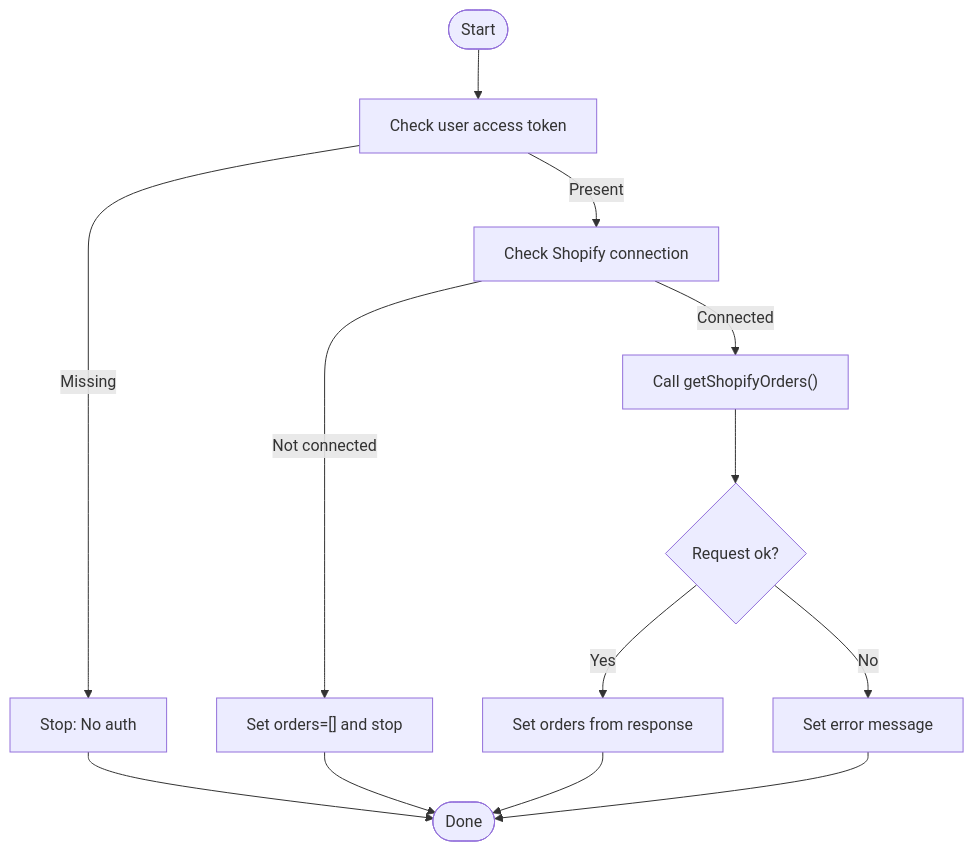
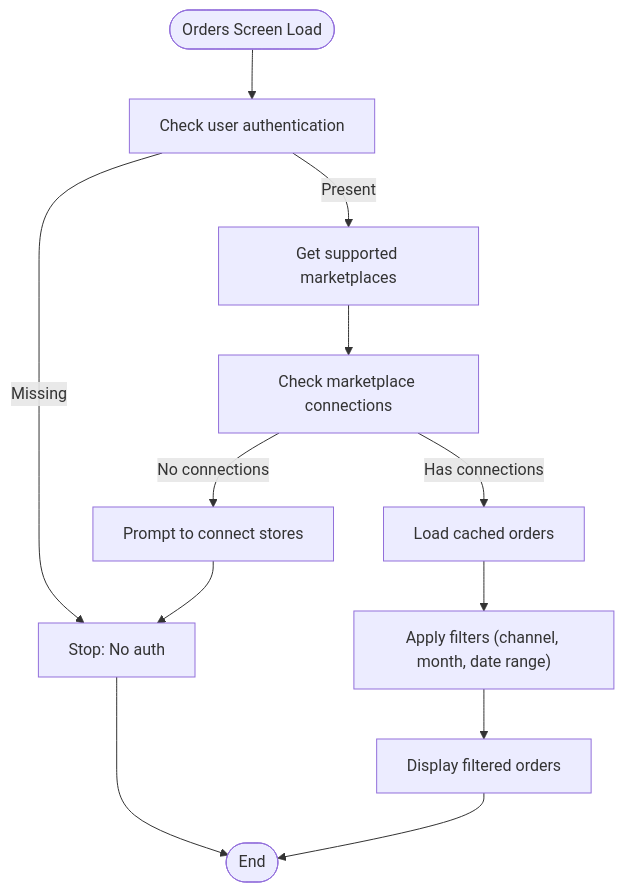
Before and after one commit to Muhammad-Masood/tijarah-ai-app: the third of 4 diagrams in .qoder/repowiki/en/content/Marketplace Integration/Shopify Integration/Order Management.md, drawn with Mermaid. The commit also changed other lines of this file and 11 other files, not shown here.

````diff
--- a/.qoder/repowiki/en/content/Marketplace Integration/Shopify Integration/Order Management.md
+++ b/.qoder/repowiki/en/content/Marketplace Integration/Shopify Integration/Order Management.md
@@ -125,15 +161,14 @@
 ```mermaid
 flowchart TD
-Start(["Start"]) --> CheckAuth["Check user access token"]
+Start(["Orders Screen Load"]) --> CheckAuth["Check user authentication"]
 CheckAuth --> |Missing| Stop["Stop: No auth"]
-CheckAuth --> |Present| CheckConn["Check Shopify connection"]
-CheckConn --> |Not connected| Empty["Set orders=[] and stop"]
-CheckConn --> |Connected| Fetch["Call getShopifyOrders()"]
-Fetch --> Success{"Request ok?"}
-Success --> |Yes| SetOrders["Set orders from response"]
-Success --> |No| SetError["Set error message"]
-SetOrders --> Done(["Done"])
-SetError --> Done
-Stop --> Done
-Empty --> Done
+CheckAuth --> |Present| GetMarketplaces["Get supported marketplaces"]
+GetMarketplaces --> CheckConnections["Check marketplace connections"]
+CheckConnections --> |No connections| PromptConnect["Prompt to connect stores"]
+CheckConnections --> |Has connections| LoadCache["Load cached orders"]
+LoadCache --> FilterOrders["Apply filters (channel, month, date range)"]
+FilterOrders --> DisplayOrders["Display filtered orders"]
+PromptConnect --> Stop
+Stop --> End(["End"])
+DisplayOrders --> End
 ```
````
